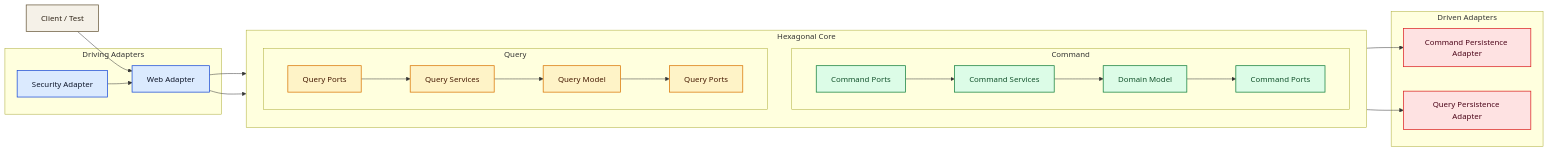
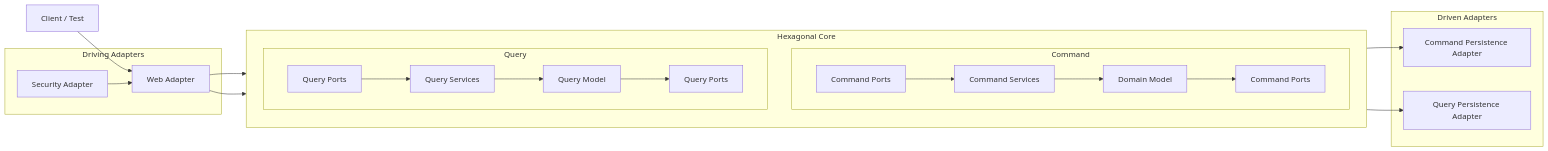
Before and after one commit to geun-00/mallang: the first of 3 diagrams in README.md, drawn with Mermaid. The commit also changed other lines of this file and 1 other file, not shown here.

````diff
--- a/README.md
+++ b/README.md
@@ -51,60 +75,49 @@
 ```mermaid
 flowchart LR
     Client["Client / Test"]
 
     subgraph LeftAdapter["Driving Adapters"]
         Web["Web Adapter"]
         Security["Security Adapter"]
     end
 
     subgraph Hexagon["Hexagonal Core"]
         direction TB
 
         subgraph CommandSide["Command"]
             direction LR
             CommandIn["Command Ports"]
             CommandService["Command Services"]
             Domain["Domain Model"]
             CommandOut["Command Ports"]
 
             CommandIn --> CommandService
             CommandService --> Domain
             Domain --> CommandOut
         end
 
         subgraph QuerySide["Query"]
             direction LR
             QueryIn["Query Ports"]
             QueryService["Query Services"]
             QueryModel["Query Model"]
             QueryOut["Query Ports"]
 
             QueryIn --> QueryService
             QueryService --> QueryModel
             QueryModel --> QueryOut
         end
     end
 
     subgraph RightAdapter["Driven Adapters"]
         CommandPersistence["Command Persistence Adapter"]
         QueryPersistence["Query Persistence Adapter"]
     end
 
     Client --> Web
     Web --> CommandIn
     Web --> QueryIn
     Security --> Web
     CommandOut --> CommandPersistence
     QueryOut --> QueryPersistence
-
-    class Client external
-    class Web,Security driving
-    class CommandIn,CommandService,Domain,CommandOut core
-    class QueryIn,QueryService,QueryModel,QueryOut query
-    class CommandPersistence,QueryPersistence driven
-    classDef external fill:#f5f1e8,stroke:#6b5b3e,stroke-width:1.5px,color:#2f2417;
-    classDef driving fill:#dbeafe,stroke:#1d4ed8,stroke-width:1.5px,color:#0f172a;
-    classDef core fill:#dcfce7,stroke:#15803d,stroke-width:1.5px,color:#14532d;
-    classDef query fill:#fef3c7,stroke:#d97706,stroke-width:1.5px,color:#451a03;
-    classDef driven fill:#fee2e2,stroke:#dc2626,stroke-width:1.5px,color:#4c0519;
 ```
````
